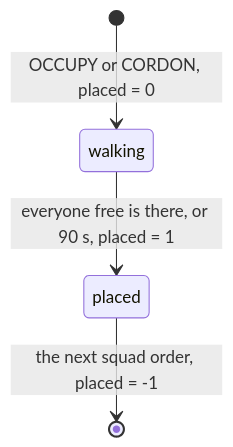
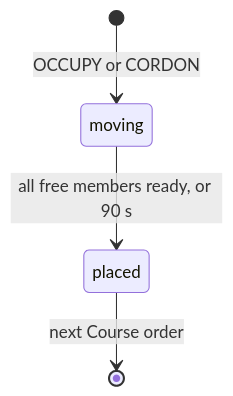
The tenth of 23 diagrams in docs/COMMANDER_MODEL.md (Neefay/arma3-llm-harness), drawn with Mermaid before and after one commit. The commit also changed other lines of this file and 1 other file, not shown here.

````diff
--- a/docs/COMMANDER_MODEL.md
+++ b/docs/COMMANDER_MODEL.md
@@ -789,6 +416,6 @@
 ```mermaid
 stateDiagram-v2
-  [*] --> walking: OCCUPY or CORDON, placed = 0
-  walking --> placed: everyone free is there, or 90 s, placed = 1
-  placed --> [*]: the next squad order, placed = -1
+  [*] --> moving: OCCUPY or CORDON
+  moving --> placed: all free members ready, or 90 s
+  placed --> [*]: next Course order
 ```
````
